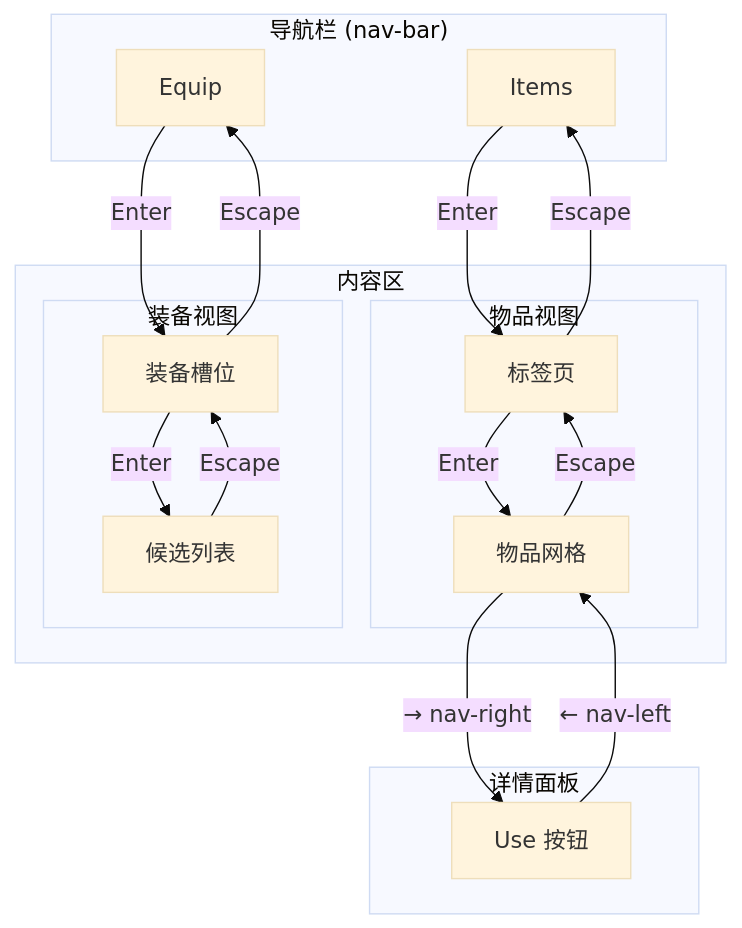
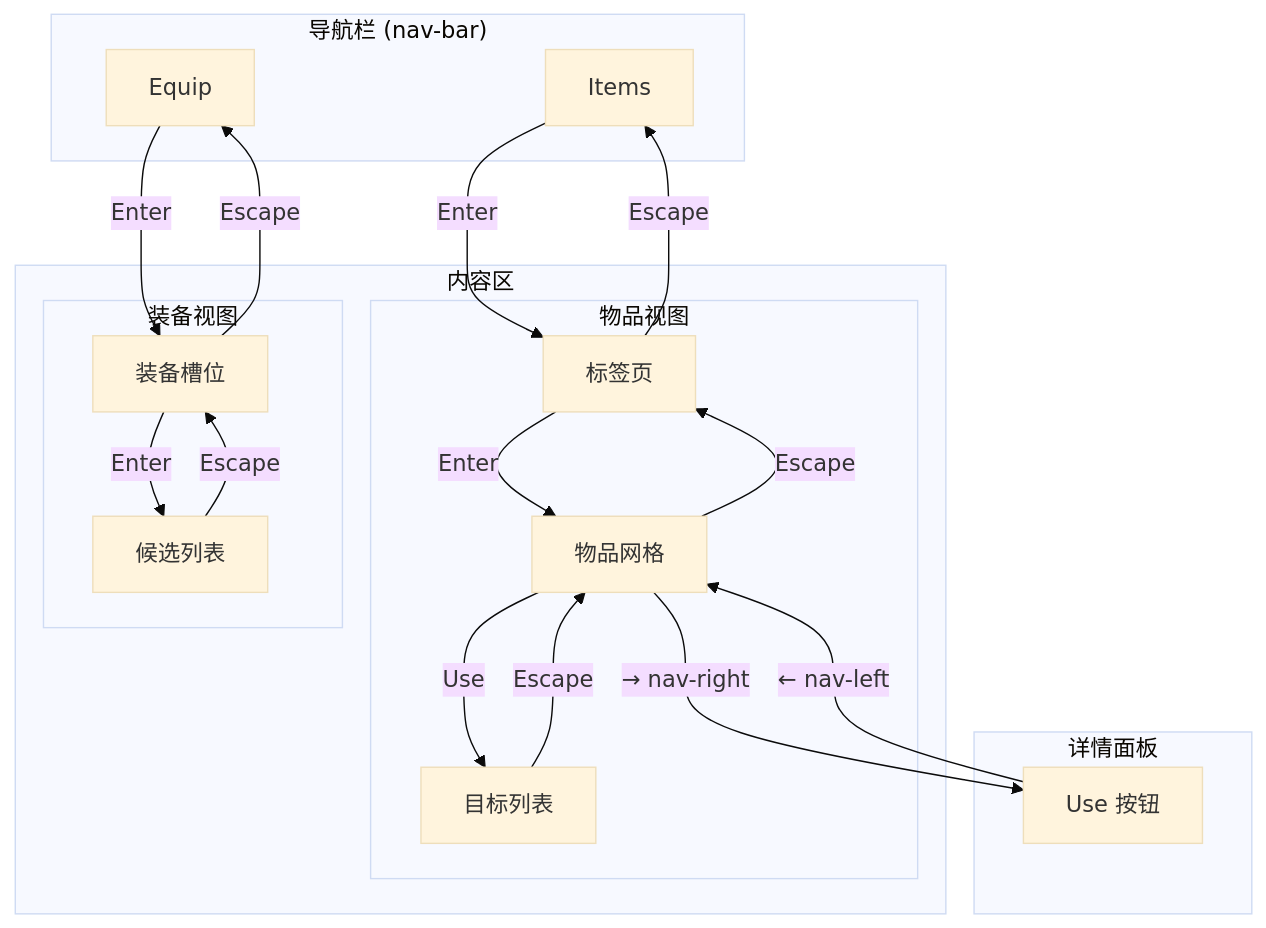
The eighth of 9 diagrams in learn/lectures/rmlui/L15-jrpg-inventory.md (WispSnow/TinyFarmRPG), drawn with Mermaid (base theme) before and after one commit. The commit also changed other lines of this file and 5 other files, not shown here.

````diff
--- a/learn/lectures/rmlui/L15-jrpg-inventory.md
+++ b/learn/lectures/rmlui/L15-jrpg-inventory.md
@@ -463,33 +520,36 @@
 ```mermaid
 flowchart TD
     subgraph Layer1["导航栏 (nav-bar)"]
         NAV_ITEMS["Items"]
         NAV_EQUIP["Equip"]
     end
 
     subgraph Layer2["内容区"]
         subgraph ItemsView["物品视图"]
             TABS["标签页"]
             GRID["物品网格"]
+            TARGETS["目标列表"]
         end
         subgraph EquipView["装备视图"]
             SLOTS["装备槽位"]
             CANDS["候选列表"]
         end
     end
 
     subgraph Layer3["详情面板"]
         USE_BTN["Use 按钮"]
     end
 
     NAV_ITEMS -- "Enter" --> TABS
     NAV_EQUIP -- "Enter" --> SLOTS
     TABS -- "Enter" --> GRID
     GRID -- "Escape" --> TABS
+    GRID -- "Use" --> TARGETS
+    TARGETS -- "Escape" --> GRID
     TABS -- "Escape" --> NAV_ITEMS
     SLOTS -- "Enter" --> CANDS
     CANDS -- "Escape" --> SLOTS
     SLOTS -- "Escape" --> NAV_EQUIP
     GRID -- "→ nav-right" --> USE_BTN
     USE_BTN -- "← nav-left" --> GRID
 ```
````
